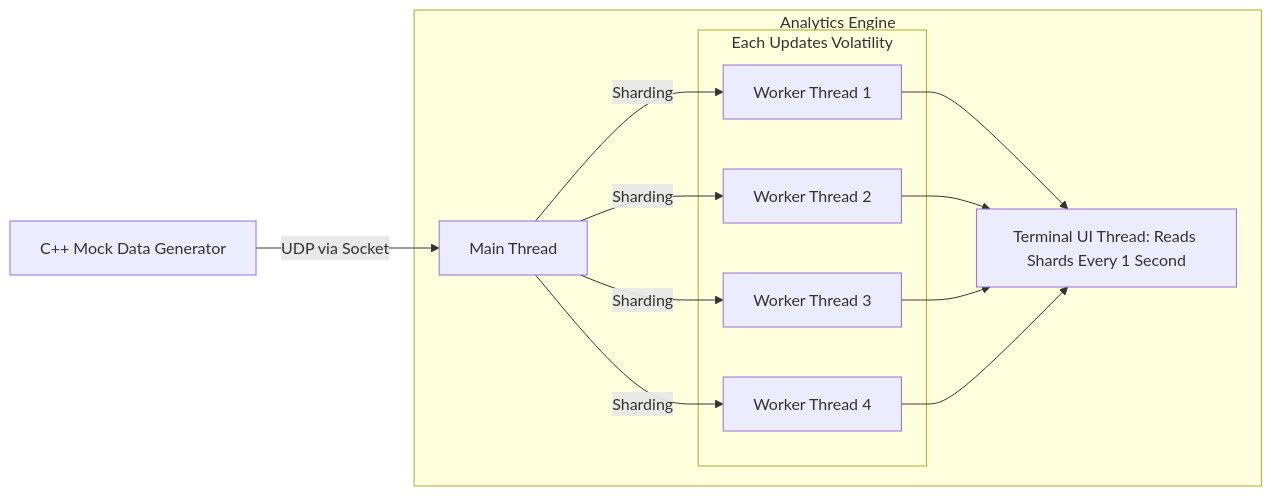
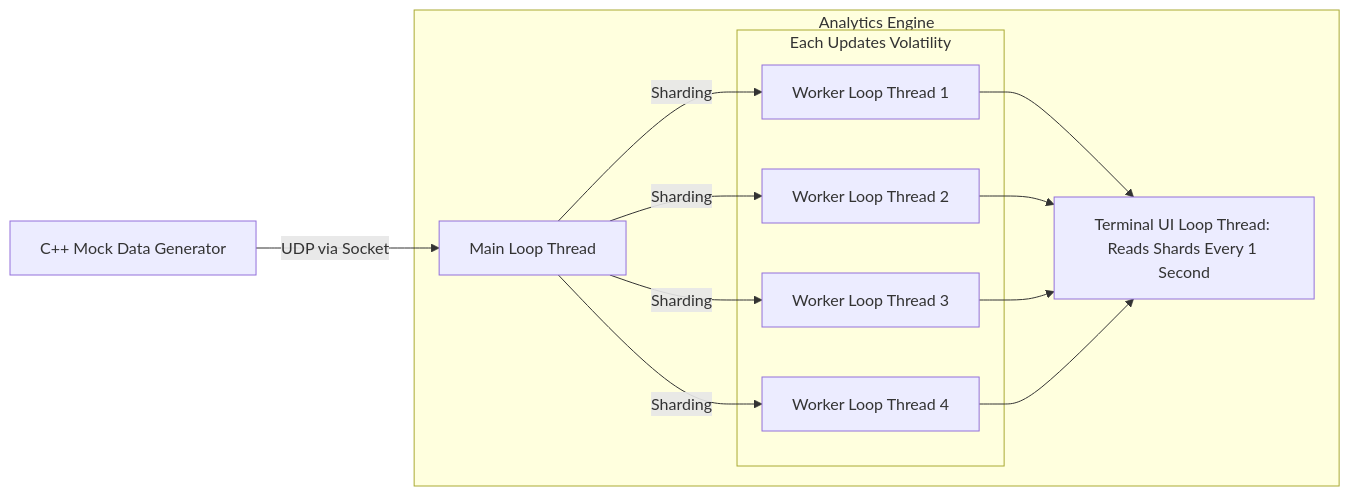
Before and after one commit to WillSyd2023/udp-multithreading-cpp: the diagram in README.md, drawn with Mermaid. The commit also changed other lines of this file and 1 other file, not shown here.

Commit message:
refactor: README

````diff
--- a/README.md
+++ b/README.md
@@ -8,21 +8,21 @@
 ```mermaid
 graph LR
-    P[C++ Mock Data Generator] -- UDP via Socket --> I[Main Thread]
+    P[C++ Mock Data Generator] -- UDP via Socket --> I[Main Loop Thread]
     subgraph "Analytics Engine"
         subgraph "Each Updates Volatility"
-            W1[Worker Thread 1]
-            W2[Worker Thread 2]
-            W3[Worker Thread 3]
-            W4[Worker Thread 4]
+            W1[Worker Loop Thread 1]
+            W2[Worker Loop Thread 2]
+            W3[Worker Loop Thread 3]
+            W4[Worker Loop Thread 4]
         end
         I -- Sharding --> W1
         I -- Sharding --> W2
         I -- Sharding --> W3
         I -- Sharding --> W4
-        R[Terminal UI Thread: Reads Shards Every 1 Second]
+        R[Terminal UI Loop Thread: Reads Shards Every 1 Second]
         W1 --> R
         W2 --> R
         W3 --> R
         W4 --> R
     end
 ```
````
